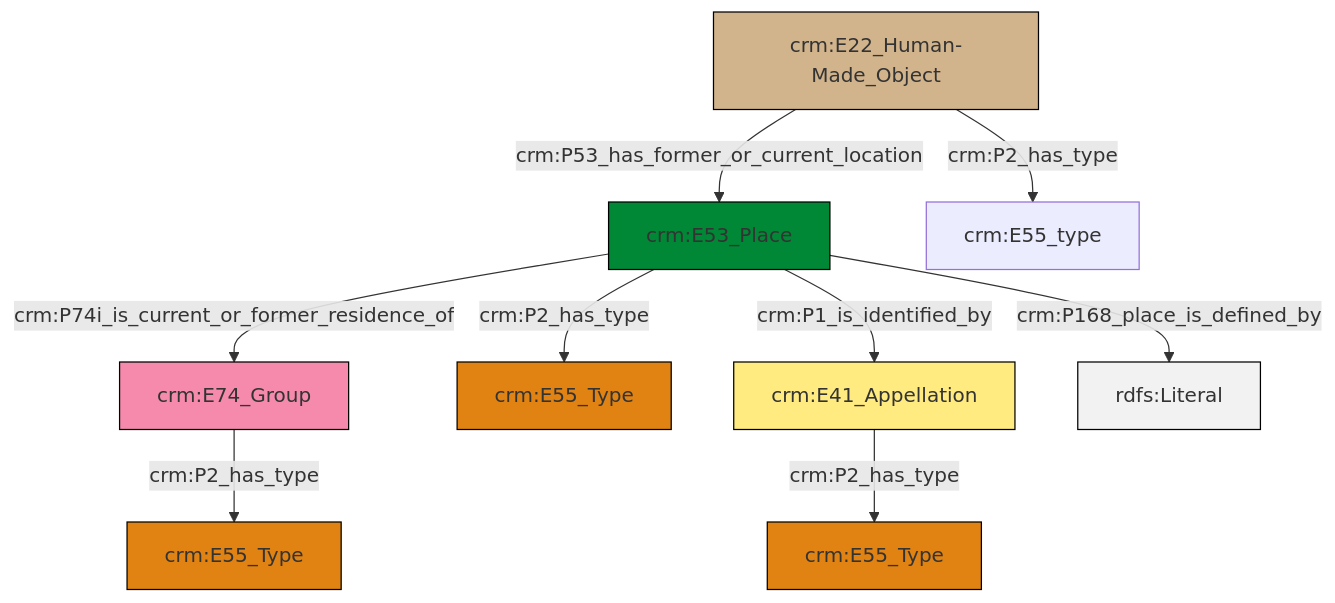
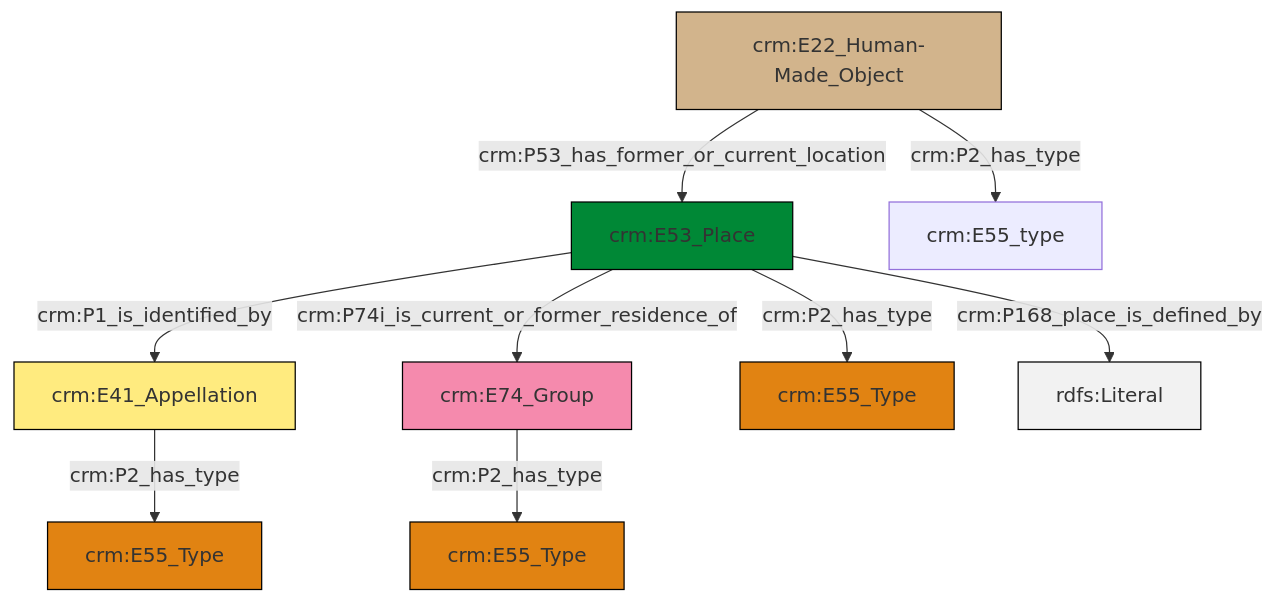
The diagram in et/artworkCSV/ttl/mmd/Artwork_Location.ttl.mmd (swiss-art-research-net/docs.swissartresearch), drawn with Mermaid before and after one commit. The commit also changed 178 other files, not shown here.

```diff
--- a/et/artworkCSV/ttl/mmd/Artwork_Location.ttl.mmd
+++ b/et/artworkCSV/ttl/mmd/Artwork_Location.ttl.mmd
@@ -1,23 +1,23 @@
 graph TD
 classDef Literal fill:#f2f2f2,stroke:#000000;
 classDef CRM_Entity fill:#FFFFFF,stroke:#000000;
 classDef Temporal_Entity fill:#00C9E6, stroke:#000000;
 classDef Type fill:#E18312, stroke:#000000;
 classDef Time-Span fill:#2C9C91, stroke:#000000;
 classDef Appellation fill:#FFEB7F, stroke:#000000;
 classDef Place fill:#008836, stroke:#000000;
 classDef Persistent_Item fill:#B266B2, stroke:#000000;
 classDef Conceptual_Object fill:#FFD700, stroke:#000000;
 classDef Physical_Thing fill:#D2B48C, stroke:#000000;
 classDef Actor fill:#f58aad, stroke:#000000;
 classDef PC_Classes fill:#4ce600, stroke:#000000;
 classDef Multi fill:#cccccc,stroke:#000000;
 
-0["crm:E22_Human-Made_Object"]:::Physical_Thing -->|crm:P53_has_former_or_current_location| 1["crm:E53_Place"]:::Place
-1["crm:E53_Place"]:::Place -->|crm:P168_place_is_defined_by| 14[rdfs:Literal]:::Literal
-1["crm:E53_Place"]:::Place -->|crm:P74i_is_current_or_former_residence_of| 2["crm:E74_Group"]:::Actor
-0["crm:E22_Human-Made_Object"]:::Physical_Thing -->|crm:P2_has_type| 17["crm:E55_type"]:::Default
-6["crm:E41_Appellation"]:::Appellation -->|crm:P2_has_type| 11["crm:E55_Type"]:::Type
-2["crm:E74_Group"]:::Actor -->|crm:P2_has_type| 9["crm:E55_Type"]:::Type
-1["crm:E53_Place"]:::Place -->|crm:P1_is_identified_by| 6["crm:E41_Appellation"]:::Appellation
-1["crm:E53_Place"]:::Place -->|crm:P2_has_type| 4["crm:E55_Type"]:::Type
+2["crm:E53_Place"]:::Place -->|crm:P1_is_identified_by| 3["crm:E41_Appellation"]:::Appellation
+4["crm:E74_Group"]:::Actor -->|crm:P2_has_type| 5["crm:E55_Type"]:::Type
+6["crm:E22_Human-Made_Object"]:::Physical_Thing -->|crm:P53_has_former_or_current_location| 2["crm:E53_Place"]:::Place
+2["crm:E53_Place"]:::Place -->|crm:P2_has_type| 7["crm:E55_Type"]:::Type
+2["crm:E53_Place"]:::Place -->|crm:P74i_is_current_or_former_residence_of| 4["crm:E74_Group"]:::Actor
+2["crm:E53_Place"]:::Place -->|crm:P168_place_is_defined_by| 11[rdfs:Literal]:::Literal
+6["crm:E22_Human-Made_Object"]:::Physical_Thing -->|crm:P2_has_type| 12["crm:E55_type"]:::Default
+3["crm:E41_Appellation"]:::Appellation -->|crm:P2_has_type| 0["crm:E55_Type"]:::Type
```
